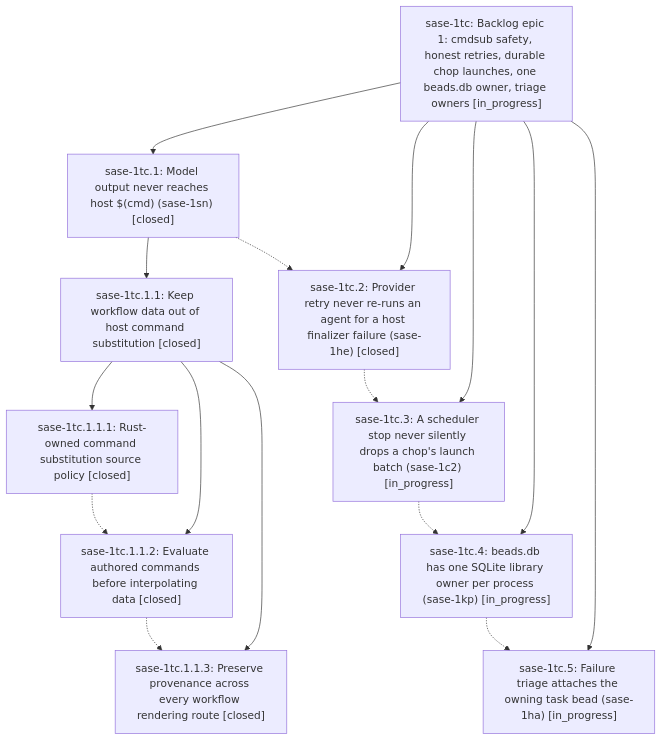
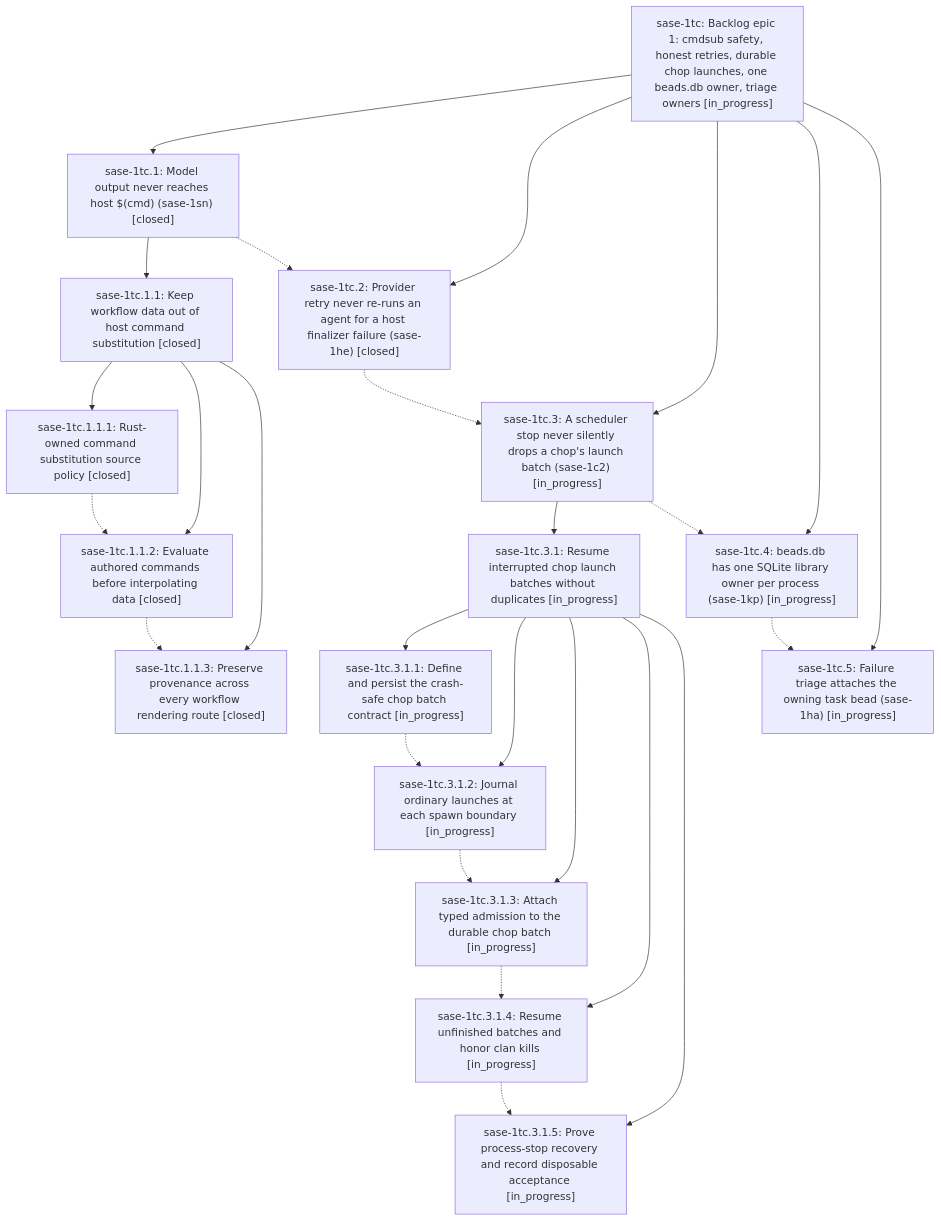
One commit to sase-org/sase--beads changed the diagram in pages/sase-1tc/README.md. Above: the diagram before and after it, drawn with Mermaid. The commit also changed other lines of this file and 9 other files, not shown here.

First line of the commit message:
chore(beads): sync bead state and pages for sase-1tc

````diff
--- a/pages/sase-1tc/README.md
+++ b/pages/sase-1tc/README.md
@@ -40,28 +40,44 @@
 ```mermaid
 flowchart TD
     n0["sase-1tc: Backlog epic 1: cmdsub safety, honest retries, durable chop launches, one beads.db owner, triage owners [in_progress]"]
     n1["sase-1tc.1: Model output never reaches host $(cmd) (sase-1sn) [closed]"]
     n2["sase-1tc.1.1: Keep workflow data out of host command substitution [closed]"]
     n3["sase-1tc.1.1.1: Rust-owned command substitution source policy [closed]"]
     n4["sase-1tc.1.1.2: Evaluate authored commands before interpolating data [closed]"]
     n5["sase-1tc.1.1.3: Preserve provenance across every workflow rendering route [closed]"]
     n6["sase-1tc.2: Provider retry never re-runs an agent for a host finalizer failure (sase-1he) [closed]"]
     n7["sase-1tc.3: A scheduler stop never silently drops a chop's launch batch (sase-1c2) [in_progress]"]
-    n8["sase-1tc.4: beads.db has one SQLite library owner per process (sase-1kp) [in_progress]"]
-    n9["sase-1tc.5: Failure triage attaches the owning task bead (sase-1ha) [in_progress]"]
+    n8["sase-1tc.3.1: Resume interrupted chop launch batches without duplicates [in_progress]"]
+    n9["sase-1tc.3.1.1: Define and persist the crash-safe chop batch contract [in_progress]"]
+    n10["sase-1tc.3.1.2: Journal ordinary launches at each spawn boundary [in_progress]"]
+    n11["sase-1tc.3.1.3: Attach typed admission to the durable chop batch [in_progress]"]
+    n12["sase-1tc.3.1.4: Resume unfinished batches and honor clan kills [in_progress]"]
+    n13["sase-1tc.3.1.5: Prove process-stop recovery and record disposable acceptance [in_progress]"]
+    n14["sase-1tc.4: beads.db has one SQLite library owner per process (sase-1kp) [in_progress]"]
+    n15["sase-1tc.5: Failure triage attaches the owning task bead (sase-1ha) [in_progress]"]
     n0 --> n1
     n1 --> n2
     n2 --> n3
     n2 --> n4
     n2 --> n5
     n0 --> n6
     n0 --> n7
-    n0 --> n8
-    n0 --> n9
+    n7 --> n8
+    n8 --> n9
+    n8 --> n10
+    n8 --> n11
+    n8 --> n12
+    n8 --> n13
+    n0 --> n14
+    n0 --> n15
     n1 -.-> n6
     n3 -.-> n4
     n4 -.-> n5
     n6 -.-> n7
-    n7 -.-> n8
-    n8 -.-> n9
+    n7 -.-> n14
+    n9 -.-> n10
+    n10 -.-> n11
+    n11 -.-> n12
+    n12 -.-> n13
+    n14 -.-> n15
 ```
````
